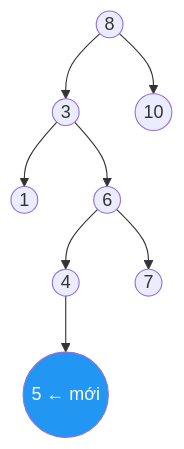
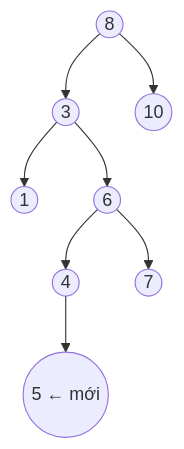
One commit to FPTOJ-OJ/fptoj_wiki changed the third of 5 diagrams in docs/lessons/bst.md. Above: the diagram before and after it, drawn with Mermaid. The commit also changed other lines of this file and 18 other files, not shown here.

First line of the commit message:
fix: LaTeX errors, mermaid theme switching, remove custom colors

````diff
--- a/docs/lessons/bst.md
+++ b/docs/lessons/bst.md
@@ -62,11 +61,10 @@
 ```mermaid
 graph TD
     A((8)) --> B((3))
     A --> C((10))
     B --> D((1))
     B --> E((6))
     E --> F((4))
     E --> G((7))
     F --> H(("5 ← mới"))
-    style H fill:#2196f3,color:#fff
 ```
````
